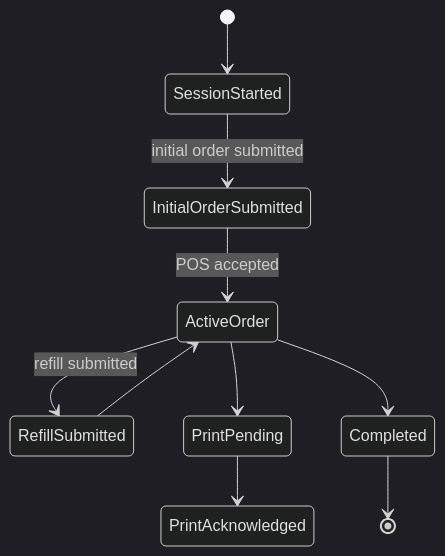
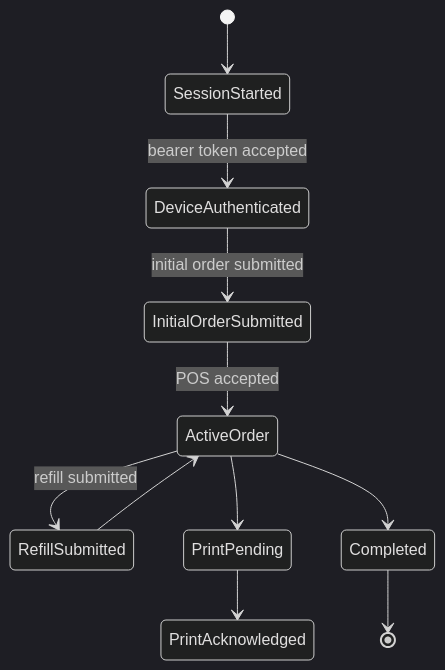
One commit to ryanpastorizadev-bit/woosoo-app changed the second of 2 diagrams in docs/CASE_FILE.md. Above: the diagram before and after it, drawn with Mermaid (dark theme). The commit also changed other lines of this file, not shown here.

Commit message:
Update case file for device bearer middleware

````diff
--- a/docs/CASE_FILE.md
+++ b/docs/CASE_FILE.md
@@ -50,12 +53,13 @@
 ```mermaid
 stateDiagram-v2
     [*] --> SessionStarted
-    SessionStarted --> InitialOrderSubmitted: initial order submitted
+    SessionStarted --> DeviceAuthenticated: bearer token accepted
+    DeviceAuthenticated --> InitialOrderSubmitted: initial order submitted
     InitialOrderSubmitted --> ActiveOrder: POS accepted
     ActiveOrder --> RefillSubmitted: refill submitted
     RefillSubmitted --> ActiveOrder
     ActiveOrder --> PrintPending
     PrintPending --> PrintAcknowledged
     ActiveOrder --> Completed
     Completed --> [*]
 ```
````
